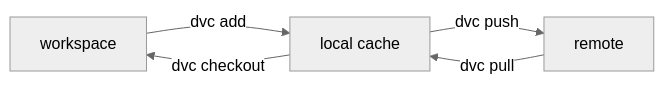
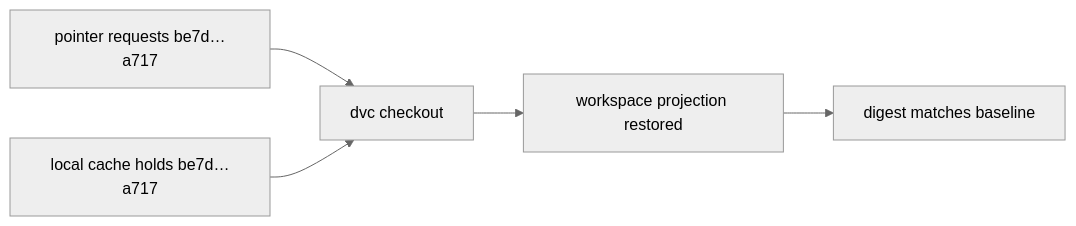
One commit to bijux/bijux-masterclass changed the fourth of 4 diagrams in programs/reproducible-research/deep-dive-dvc/course-book/module-02-data-identity-content-addressing/dvc-add-push-pull-and-checkout-as-state-moves.md. Above: the diagram before and after it, drawn with Mermaid (neutral theme). The commit also changed other lines of this file, not shown here.

Commit message:
docs(dvc): prove commands as bounded state moves

````diff
--- a/programs/reproducible-research/deep-dive-dvc/course-book/module-02-data-identity-content-addressing/dvc-add-push-pull-and-checkout-as-state-moves.md
+++ b/programs/reproducible-research/deep-dive-dvc/course-book/module-02-data-identity-content-addressing/dvc-add-push-pull-and-checkout-as-state-moves.md
@@ -64,7 +126,7 @@
 ```mermaid
 flowchart LR
-  workspace["workspace"] -->|dvc add| cache["local cache"]
-  cache -->|dvc push| remote["remote"]
-  remote -->|dvc pull| cache
-  cache -->|dvc checkout| workspace
+  pointer["pointer requests be7d…a717"] --> checkout["dvc checkout"]
+  cache["local cache holds be7d…a717"] --> checkout
+  checkout --> workspace["workspace projection restored"]
+  workspace --> digest["digest matches baseline"]
 ```
````
